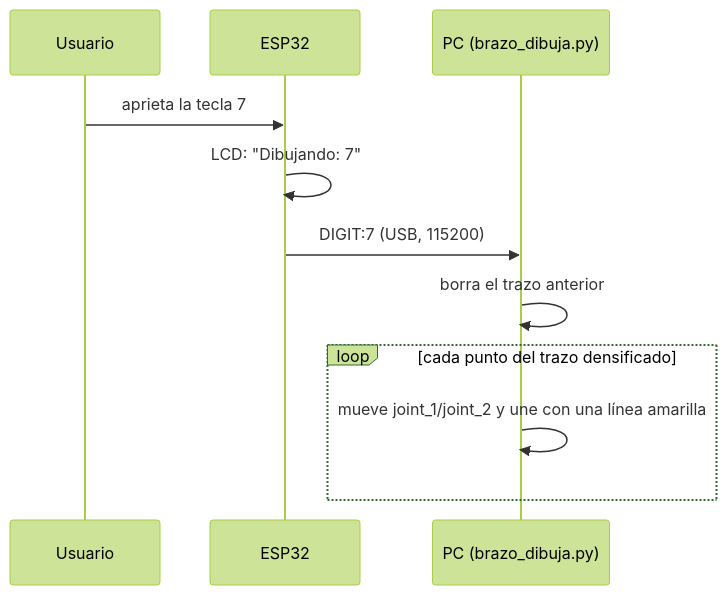
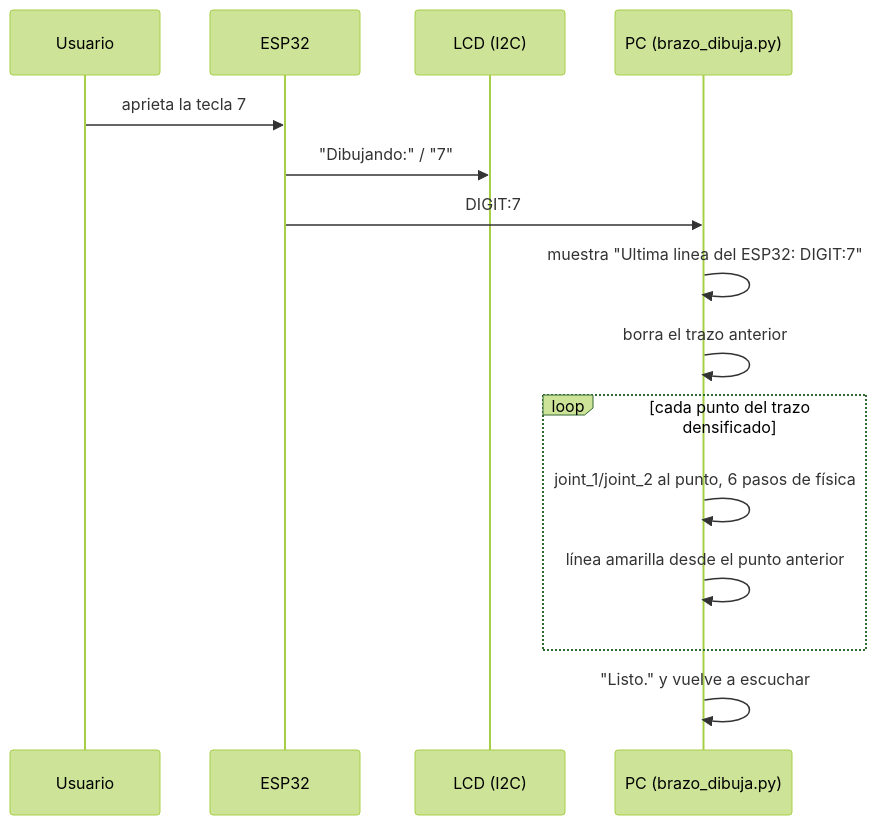
Before and after one commit to Dathinel/Sensores-Teoria: the second of 2 diagrams in 8-digitos-brazo-y-vision/punto-1-teclado-brazo-dibujando/README.md, drawn with Mermaid (forest theme). The commit also changed other lines of this file and 154 other files, not shown here.

````diff
--- a/8-digitos-brazo-y-vision/punto-1-teclado-brazo-dibujando/README.md
+++ b/8-digitos-brazo-y-vision/punto-1-teclado-brazo-dibujando/README.md
@@ -54,13 +98,17 @@
 ```mermaid
 sequenceDiagram
     participant U as Usuario
     participant E as ESP32
+    participant L as LCD (I2C)
     participant P as PC (brazo_dibuja.py)
     U->>E: aprieta la tecla 7
-    E->>E: LCD: "Dibujando: 7"
-    E->>P: DIGIT:7 (USB, 115200)
+    E->>L: "Dibujando:" / "7"
+    E->>P: DIGIT:7
+    P->>P: muestra "Ultima linea del ESP32: DIGIT:7"
     P->>P: borra el trazo anterior
     loop cada punto del trazo densificado
-        P->>P: mueve joint_1/joint_2 y une con una línea amarilla
+        P->>P: joint_1/joint_2 al punto, 6 pasos de física
+        P->>P: línea amarilla desde el punto anterior
     end
+    P->>P: "Listo." y vuelve a escuchar
 ```
````
